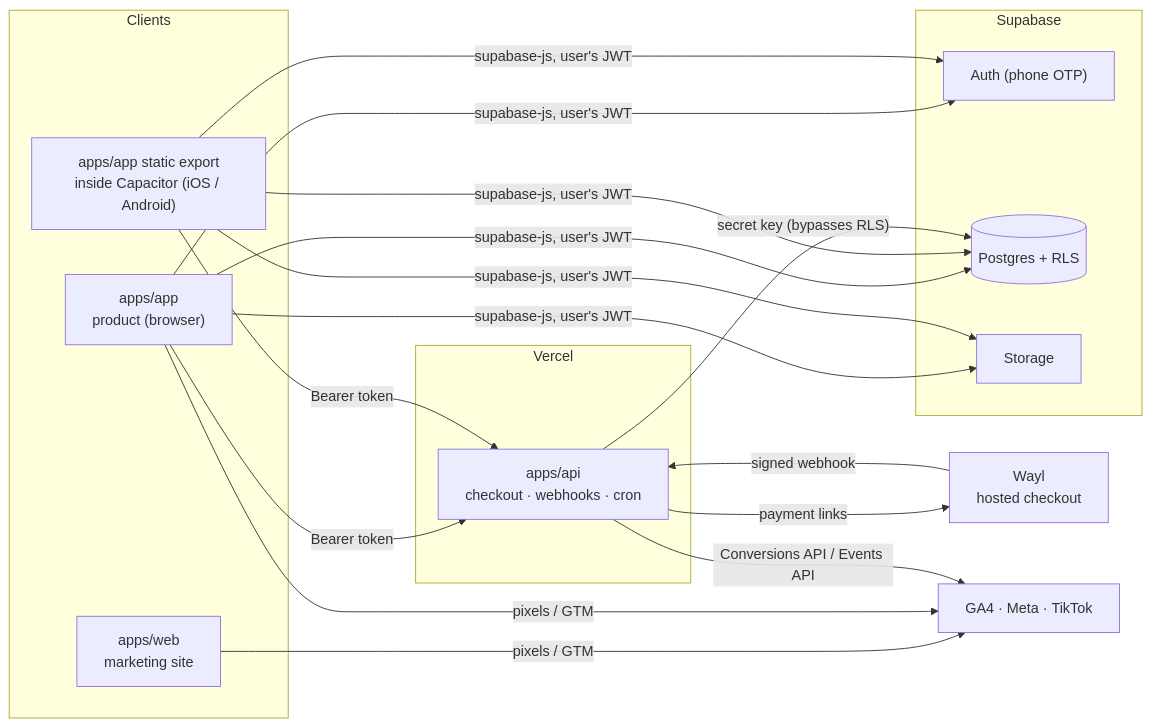
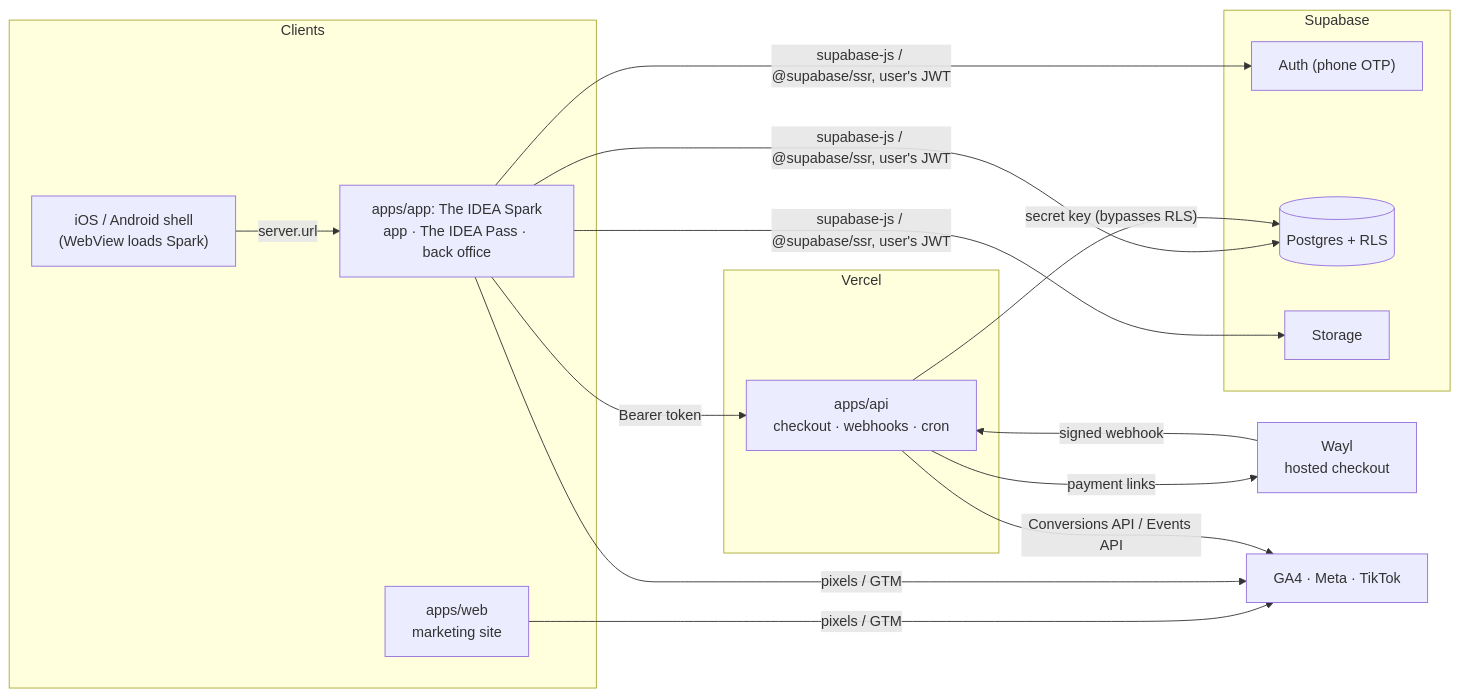
Before and after one commit to theideaiq/monorepo: the first of 2 diagrams in ARCHITECTURE_AND_INTEGRATIONS.md, drawn with Mermaid. The commit also changed other lines of this file and 3 other files, not shown here.

First line of the commit message:
Document The IDEA Spark: apps, Pass, back office, four Vercel projects

````diff
--- a/ARCHITECTURE_AND_INTEGRATIONS.md
+++ b/ARCHITECTURE_AND_INTEGRATIONS.md
@@ -24,26 +24,27 @@
 ```mermaid
 flowchart LR
   subgraph Clients
     W["apps/web<br/>marketing site"]
-    A["apps/app<br/>product (browser)"]
-    N["apps/app static export<br/>inside Capacitor (iOS / Android)"]
+    A["apps/app: The IDEA Spark<br/>app · The IDEA Pass · back office"]
+    N["iOS / Android shell<br/>(WebView loads Spark)"]
   end
   subgraph Server["Vercel"]
     API["apps/api<br/>checkout · webhooks · cron"]
   end
   subgraph Supabase
     AUTH["Auth (phone OTP)"]
     DB[("Postgres + RLS")]
     ST["Storage"]
   end
   WAYL["Wayl<br/>hosted checkout"]
   ADS["GA4 · Meta · TikTok"]
 
-  A & N -- "supabase-js, user's JWT" --> AUTH & DB & ST
-  A & N -- "Bearer token" --> API
+  N -- "server.url" --> A
+  A -- "supabase-js / @supabase/ssr, user's JWT" --> AUTH & DB & ST
+  A -- "Bearer token" --> API
   API -- "secret key (bypasses RLS)" --> DB
   API -- "payment links" --> WAYL
   WAYL -- "signed webhook" --> API
   W & A -- "pixels / GTM" --> ADS
   API -- "Conversions API / Events API" --> ADS
 ```
````
